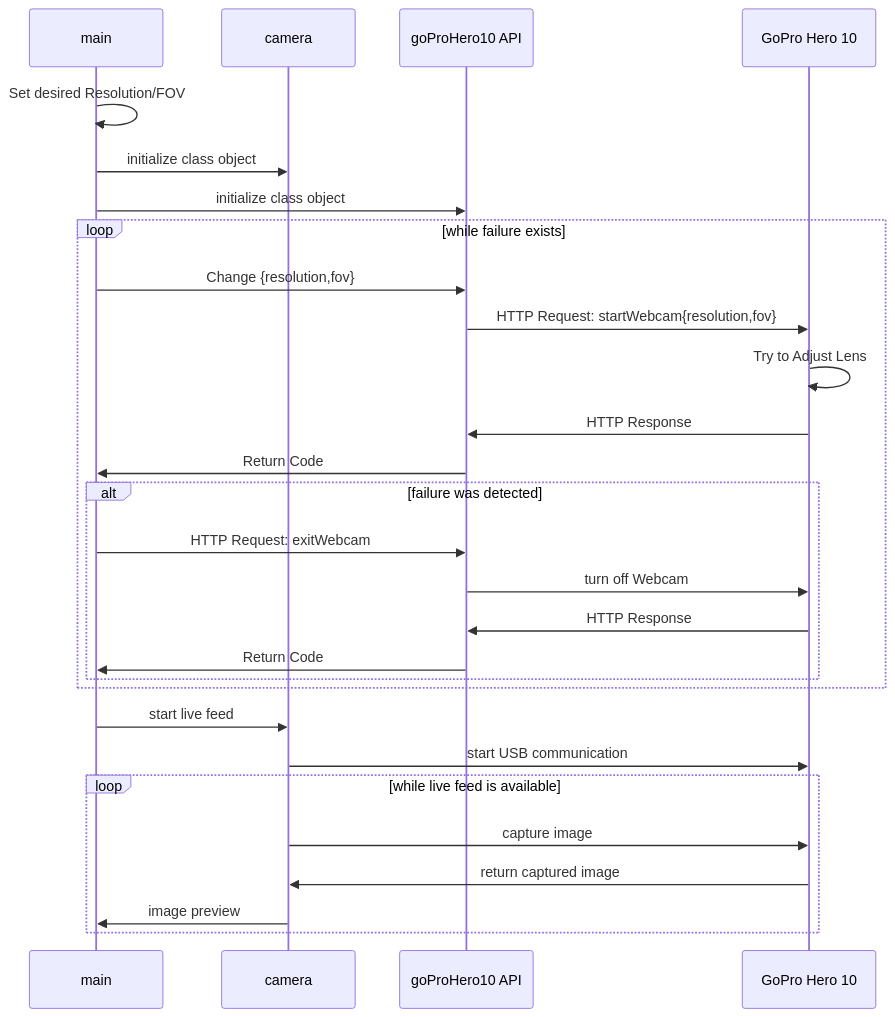
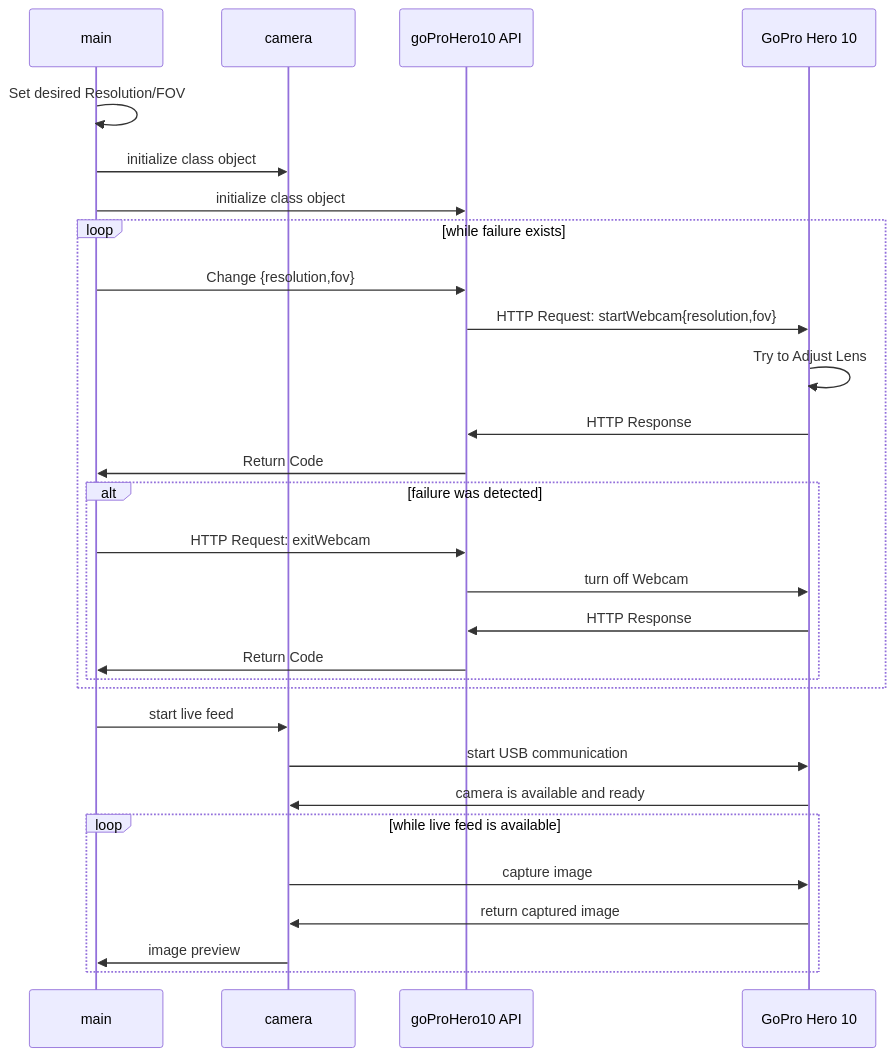
One commit to conradoguimaraes/goProHero10 changed the diagram in README.md. Above: the diagram before and after it, drawn with Mermaid.

````diff
--- a/README.md
+++ b/README.md
@@ -12,29 +12,30 @@
 ```mermaid
 sequenceDiagram
     main->>main: Set desired Resolution/FOV
     main->>camera: initialize class object
     main->>goProHero10 API: initialize class object
     loop while failure exists
       main->>goProHero10 API: Change {resolution,fov}
       goProHero10 API->>GoPro Hero 10: HTTP Request: startWebcam{resolution,fov}
       GoPro Hero 10->>GoPro Hero 10: Try to Adjust Lens
       GoPro Hero 10->>goProHero10 API: HTTP Response
       goProHero10 API->>main: Return Code
       alt failure was detected
           main->>goProHero10 API: HTTP Request: exitWebcam
           goProHero10 API->>GoPro Hero 10: turn off Webcam
           GoPro Hero 10->>goProHero10 API: HTTP Response
           goProHero10 API->>main: Return Code
       end
    end
 
    main->>camera: start live feed
    camera->>GoPro Hero 10: start USB communication
-   
+   GoPro Hero 10->>camera: camera is available and ready
+
    loop while live feed is available
      camera->>GoPro Hero 10: capture image
      GoPro Hero 10->>camera: return captured image
      camera->>main: image preview
    end
     
 ```
````
